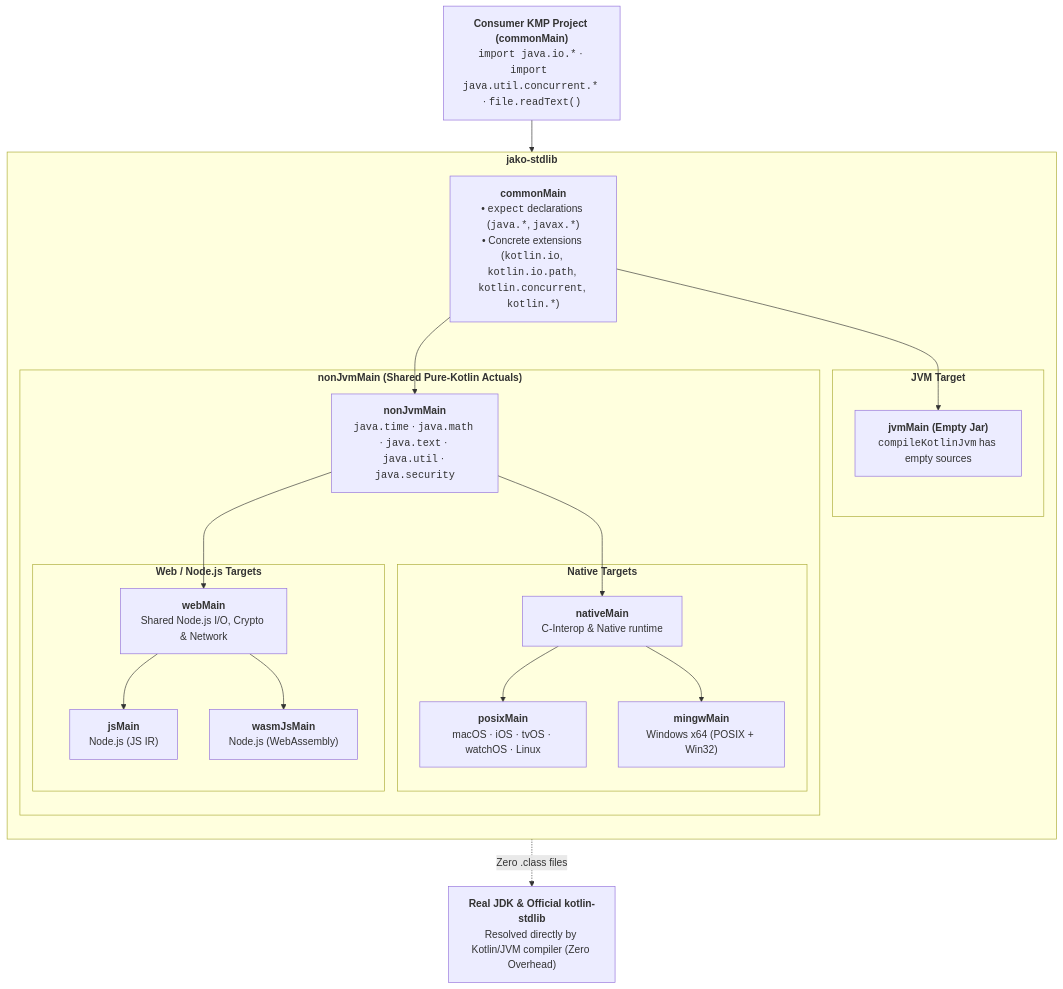
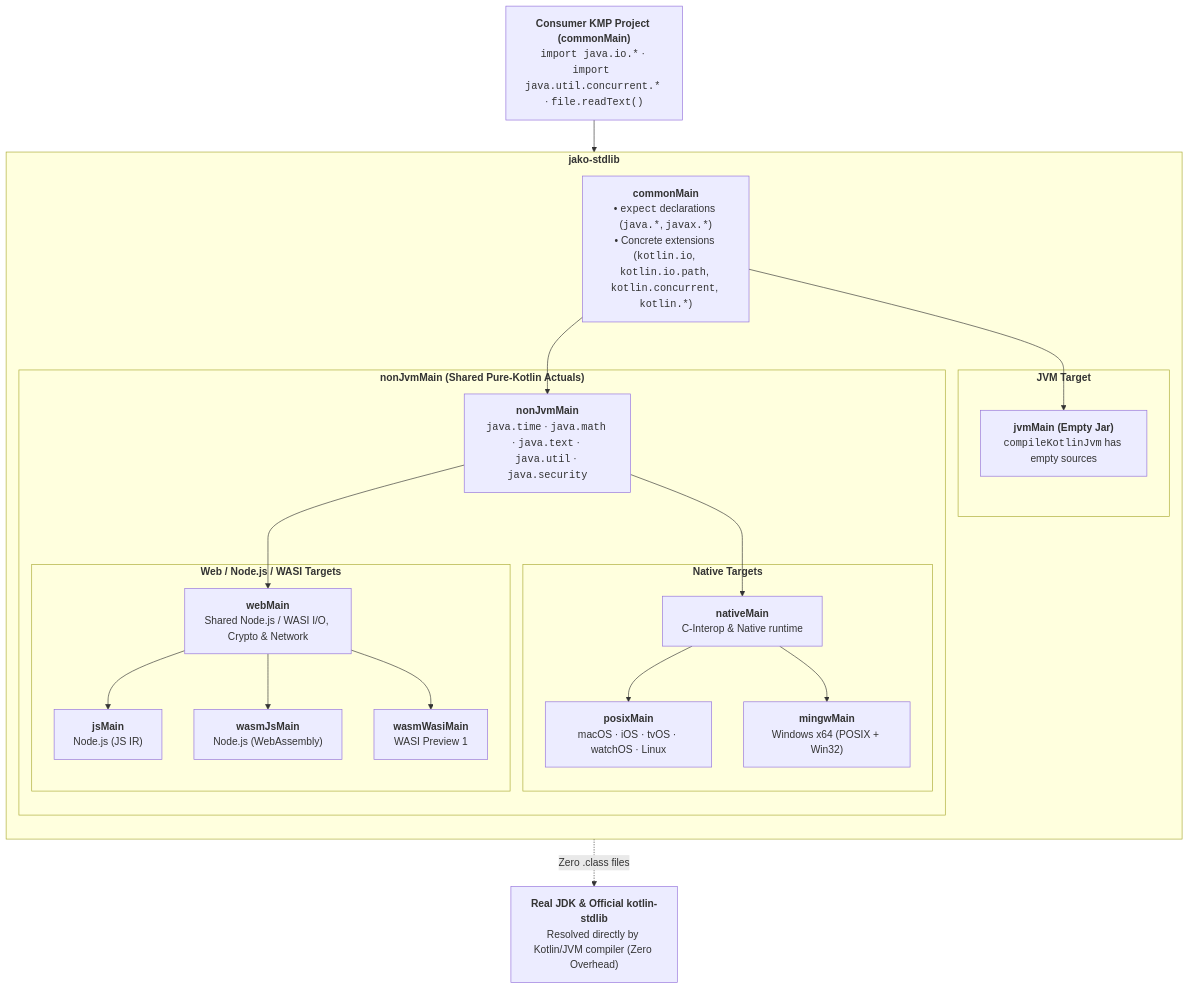
Before and after one commit to jako-projects/jako: the diagram in README.md, drawn with Mermaid. The commit also changed other lines of this file and 14 other files, not shown here.

````diff
--- a/README.md
+++ b/README.md
@@ -150,44 +169,46 @@
 ```mermaid
 flowchart TB
     Consumer["<b>Consumer KMP Project (commonMain)</b><br/><code>import java.io.*</code> · <code>import java.util.concurrent.*</code> · <code>file.readText()</code>"]
 
     subgraph JakoStdlib["<b>jako-stdlib</b>"]
         direction TB
         Common["<b>commonMain</b><br/>• <code>expect</code> declarations (<code>java.*</code>, <code>javax.*</code>)<br/>• Concrete extensions (<code>kotlin.io</code>, <code>kotlin.io.path</code>, <code>kotlin.concurrent</code>, <code>kotlin.*</code>)"]
 
         subgraph JvmSide["<b>JVM Target</b>"]
             JvmMain["<b>jvmMain (Empty Jar)</b><br/><code>compileKotlinJvm</code> has empty sources"]
         end
 
         subgraph NonJvmSide["<b>nonJvmMain (Shared Pure-Kotlin Actuals)</b>"]
             NonJvmMain["<b>nonJvmMain</b><br/><code>java.time</code> · <code>java.math</code> · <code>java.text</code> · <code>java.util</code> · <code>java.security</code>"]
 
             subgraph NativeSide["<b>Native Targets</b>"]
                 NativeMain["<b>nativeMain</b><br/>C-Interop & Native runtime"]
                 PosixMain["<b>posixMain</b><br/>macOS · iOS · tvOS · watchOS · Linux"]
                 MingwMain["<b>mingwMain</b><br/>Windows x64 (POSIX + Win32)"]
                 NativeMain --> PosixMain
                 NativeMain --> MingwMain
             end
 
-            subgraph WebSide["<b>Web / Node.js Targets</b>"]
-                WebMain["<b>webMain</b><br/>Shared Node.js I/O, Crypto & Network"]
+            subgraph WebSide["<b>Web / Node.js / WASI Targets</b>"]
+                WebMain["<b>webMain</b><br/>Shared Node.js / WASI I/O, Crypto & Network"]
                 JsMain["<b>jsMain</b><br/>Node.js (JS IR)"]
                 WasmJsMain["<b>wasmJsMain</b><br/>Node.js (WebAssembly)"]
+                WasmWasiMain["<b>wasmWasiMain</b><br/>WASI Preview 1"]
                 WebMain --> JsMain
                 WebMain --> WasmJsMain
+                WebMain --> WasmWasiMain
             end
 
             NonJvmMain --> NativeMain
             NonJvmMain --> WebMain
         end
 
         Common --> JvmMain
         Common --> NonJvmMain
     end
 
     Jdk["<b>Real JDK & Official kotlin-stdlib</b><br/>Resolved directly by Kotlin/JVM compiler (Zero Overhead)"]
 
     Consumer --> Common
     JvmMain -. "Zero .class files" .-> Jdk
 ```
````
